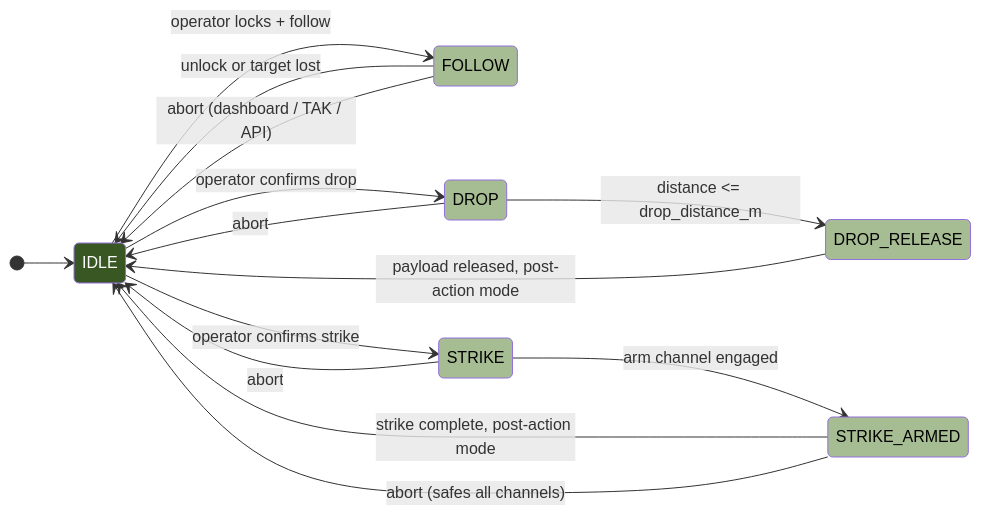
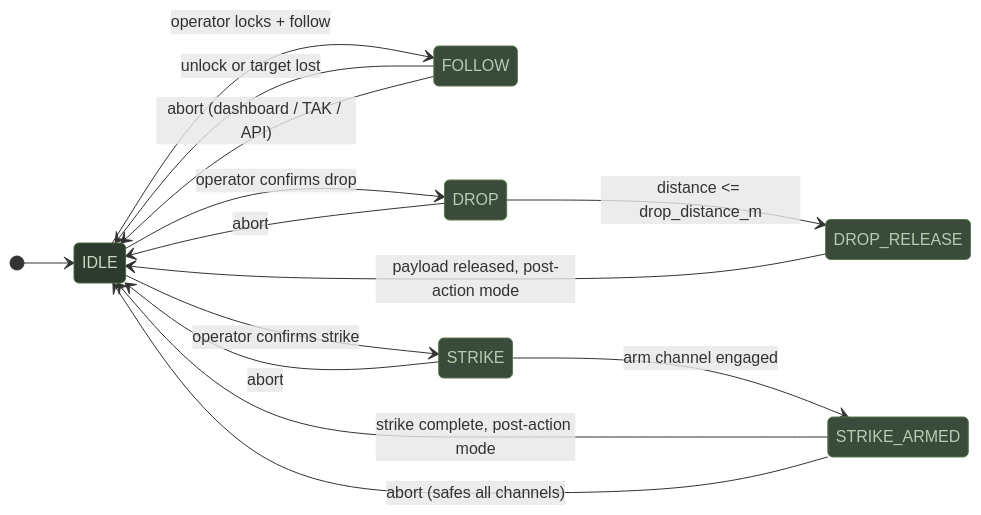
Before and after one commit to rmeadomavic/Hydra: the diagram in docs/vehicle-control.md, drawn with Mermaid. The commit also changed other lines of this file and 8 other files, not shown here.

First line of the commit message:
docs: polish pass — standardize Mermaid palette, tighten tone, add diagrams

````diff
--- a/docs/vehicle-control.md
+++ b/docs/vehicle-control.md
@@ -7,25 +7,25 @@
 ```mermaid
 stateDiagram-v2
     direction LR
 
-    classDef idle fill:#385723,color:#fff
-    classDef active fill:#A6BC92,color:#000
-    classDef abort fill:#595959,color:#fff
+    classDef idle fill:#2d3a2e,color:#c8d8c0,stroke:#4a6741
+    classDef active fill:#3a4a3b,color:#b8ccb0,stroke:#5a7751
+    classDef terminal fill:#404040,color:#c0c0c0,stroke:#606060
 
     [*] --> IDLE:::idle
     IDLE --> FOLLOW:::active : operator locks + follow
     IDLE --> DROP:::active : operator confirms drop
     IDLE --> STRIKE:::active : operator confirms strike
 
     FOLLOW --> IDLE:::idle : unlock or target lost
     FOLLOW --> IDLE:::idle : abort (dashboard / TAK / API)
 
     DROP --> DROP_RELEASE:::active : distance <= drop_distance_m
     DROP_RELEASE --> IDLE:::idle : payload released, post-action mode
     DROP --> IDLE:::idle : abort
 
     STRIKE --> STRIKE_ARMED:::active : arm channel engaged
     STRIKE_ARMED --> IDLE:::idle : strike complete, post-action mode
     STRIKE --> IDLE:::idle : abort
     STRIKE_ARMED --> IDLE:::idle : abort (safes all channels)
 ```
````
